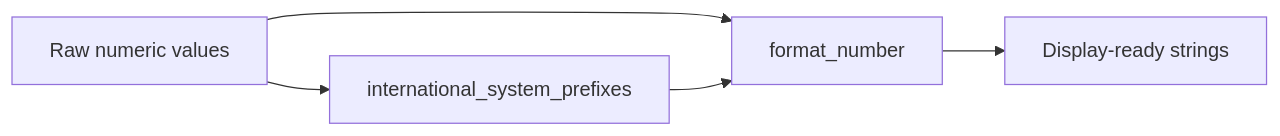
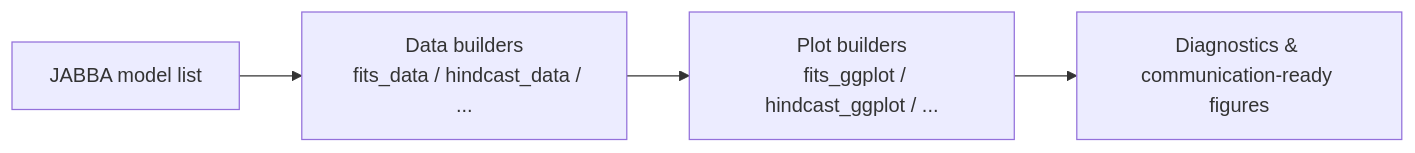
One commit to UNIVALI-LEMA/JAGGview changed the diagram in README.md. Above: the diagram before and after it, drawn with Mermaid. The commit also changed other lines of this file, not shown here.

````diff
--- a/README.md
+++ b/README.md
@@ -63,7 +25,8 @@
 ```mermaid
 flowchart LR
-  A[Raw numeric values] --> B[format_number]
-  A --> C[international_system_prefixes]
-  C --> B
-  B --> D[Display-ready strings]
+  A[JABBA model list] --> B[Data builders
+  fits_data / hindcast_data / ...]
+  B --> C[Plot builders
+  fits_ggplot / hindcast_ggplot / ...]
+  C --> D[Diagnostics & communication-ready figures]
 ```
````
